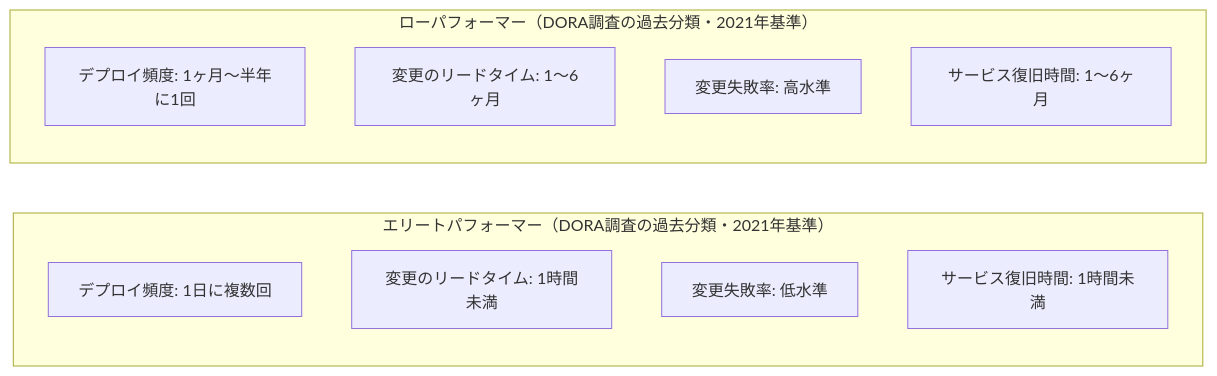
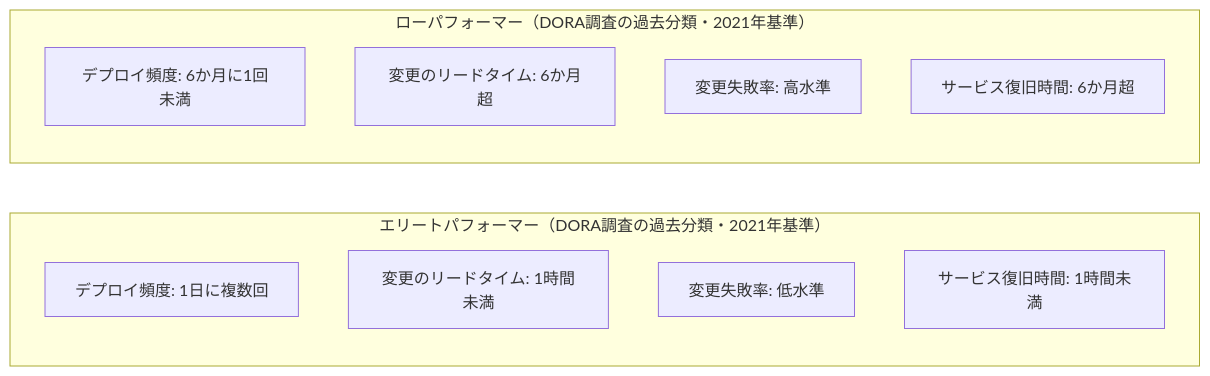
Before and after one commit to myoshi2891/Cloud-Infrastructure-Studies: diagram 18 of 19 in The-devops-handbook.md, drawn with Mermaid. The commit also changed 3 other files, not shown here.

````diff
--- a/The-devops-handbook.md
+++ b/The-devops-handbook.md
@@ -559,17 +559,17 @@
 ```mermaid
 flowchart LR
     subgraph elite["エリートパフォーマー（DORA調査の過去分類・2021年基準）"]
         direction TB
         E1["デプロイ頻度: 1日に複数回"]
         E2["変更のリードタイム: 1時間未満"]
         E3["変更失敗率: 低水準"]
         E4["サービス復旧時間: 1時間未満"]
     end
     subgraph low["ローパフォーマー（DORA調査の過去分類・2021年基準）"]
         direction TB
-        LW1["デプロイ頻度: 1ヶ月〜半年に1回"]
-        LW2["変更のリードタイム: 1〜6ヶ月"]
+        LW1["デプロイ頻度: 6か月に1回未満"]
+        LW2["変更のリードタイム: 6か月超"]
         LW3["変更失敗率: 高水準"]
-        LW4["サービス復旧時間: 1〜6ヶ月"]
+        LW4["サービス復旧時間: 6か月超"]
     end
 ```
````
